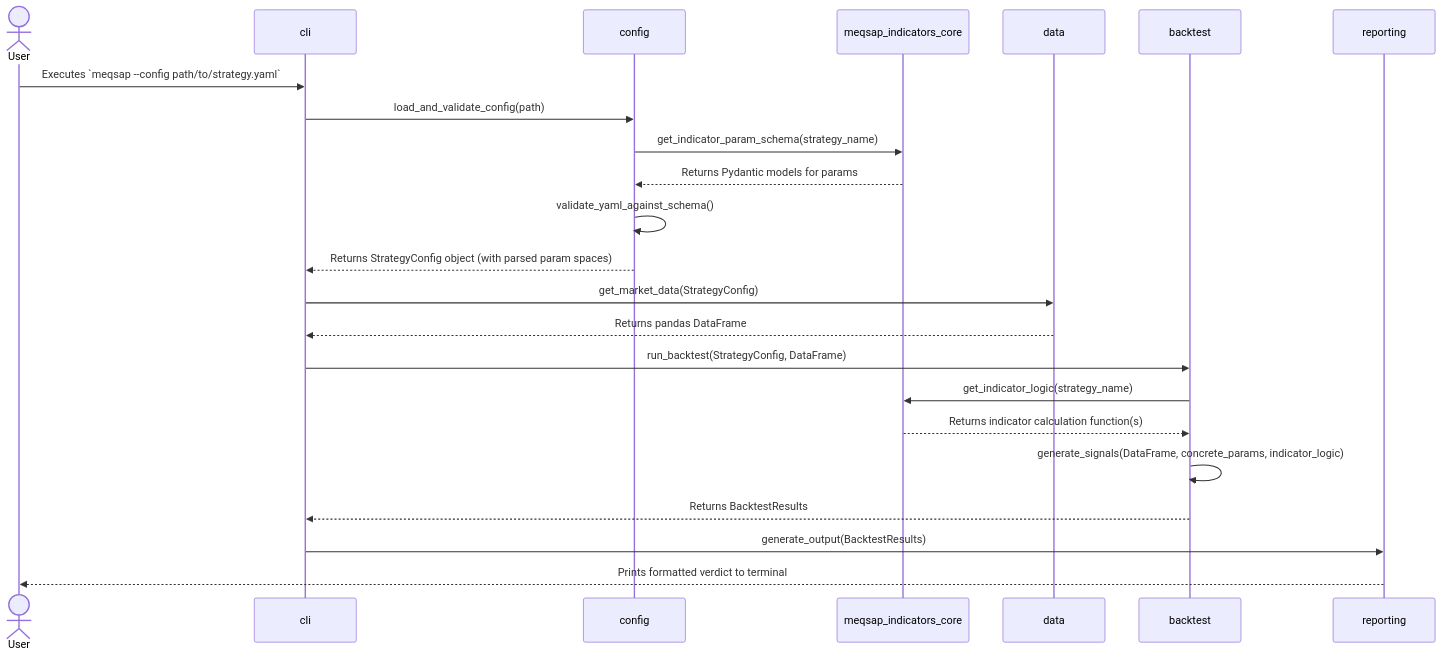
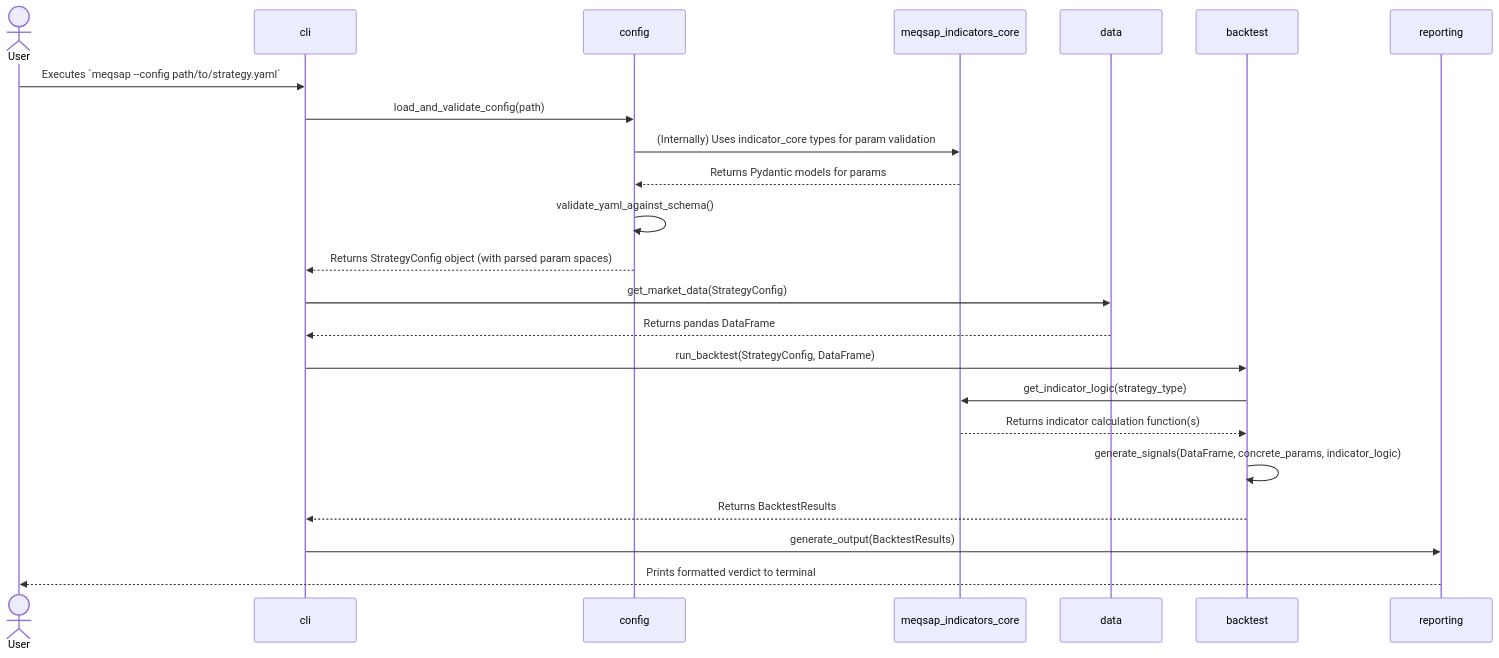
The second of 2 diagrams in docs/architecture.md (vijayanajay/simplest), drawn with Mermaid before and after one commit. The commit also changed other lines of this file and 23 other files, not shown here.

````diff
--- a/docs/architecture.md
+++ b/docs/architecture.md
@@ -307,29 +315,29 @@
 ```mermaid
 sequenceDiagram
     actor User
     participant CLI as cli
     participant Config as config
     participant IndicatorsCore as meqsap_indicators_core
     participant Data as data
     participant Backtest as backtest
     participant Reporting as reporting
 
     User->>CLI: Executes `meqsap --config path/to/strategy.yaml`
     CLI->>Config: load_and_validate_config(path)
-    Config->>IndicatorsCore: get_indicator_param_schema(strategy_name)
+    Config->>IndicatorsCore: (Internally) Uses indicator_core types for param validation
     IndicatorsCore-->>Config: Returns Pydantic models for params
     Config->>Config: validate_yaml_against_schema()
     Config-->>CLI: Returns StrategyConfig object (with parsed param spaces)
 
     CLI->>Data: get_market_data(StrategyConfig) # Considers max lookback from param ranges
     Data-->>CLI: Returns pandas DataFrame
 
     CLI->>Backtest: run_backtest(StrategyConfig, DataFrame)
-    Backtest->>IndicatorsCore: get_indicator_logic(strategy_name)
+    Backtest->>IndicatorsCore: get_indicator_logic(strategy_type)
     IndicatorsCore-->>Backtest: Returns indicator calculation function(s)
     Backtest->>Backtest: generate_signals(DataFrame, concrete_params, indicator_logic)
     Backtest-->>CLI: Returns BacktestResults
 
     CLI->>Reporting: generate_output(BacktestResults)
     Reporting-->>User: Prints formatted verdict to terminal
 ```
````
